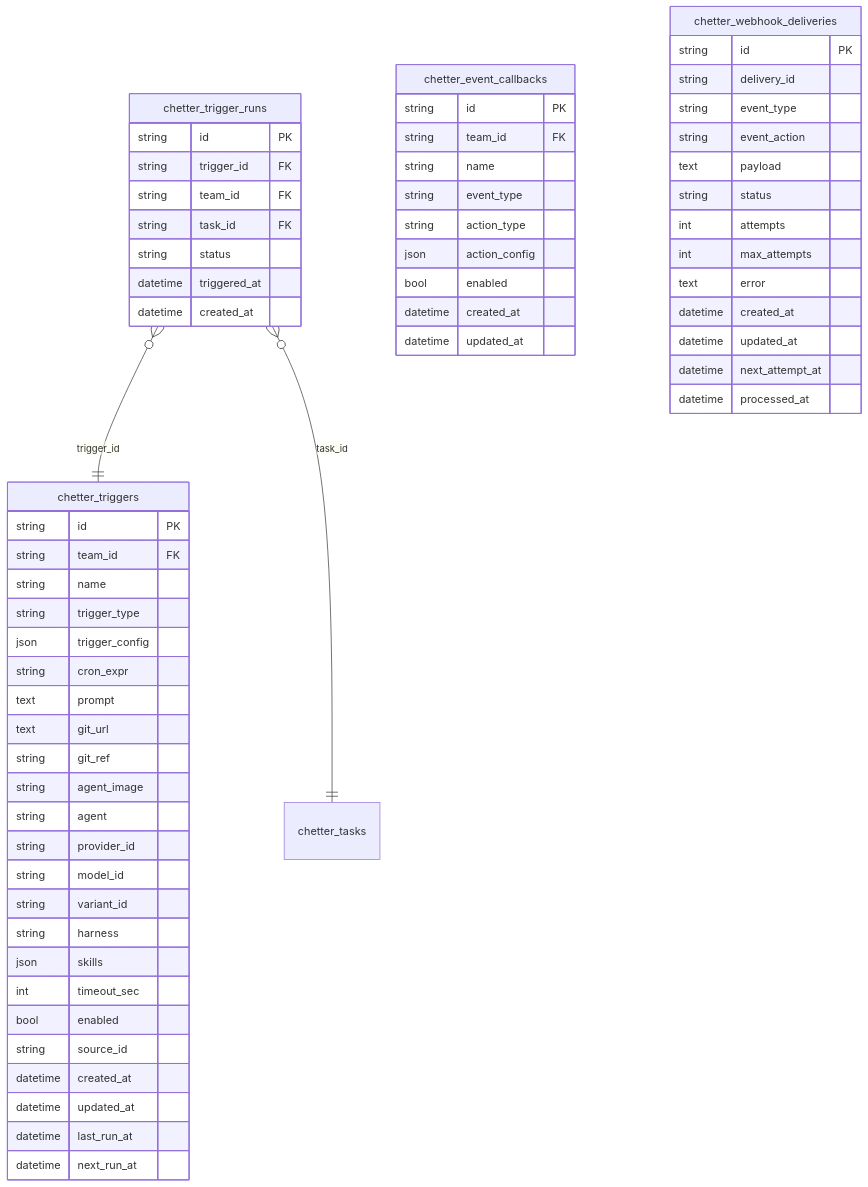
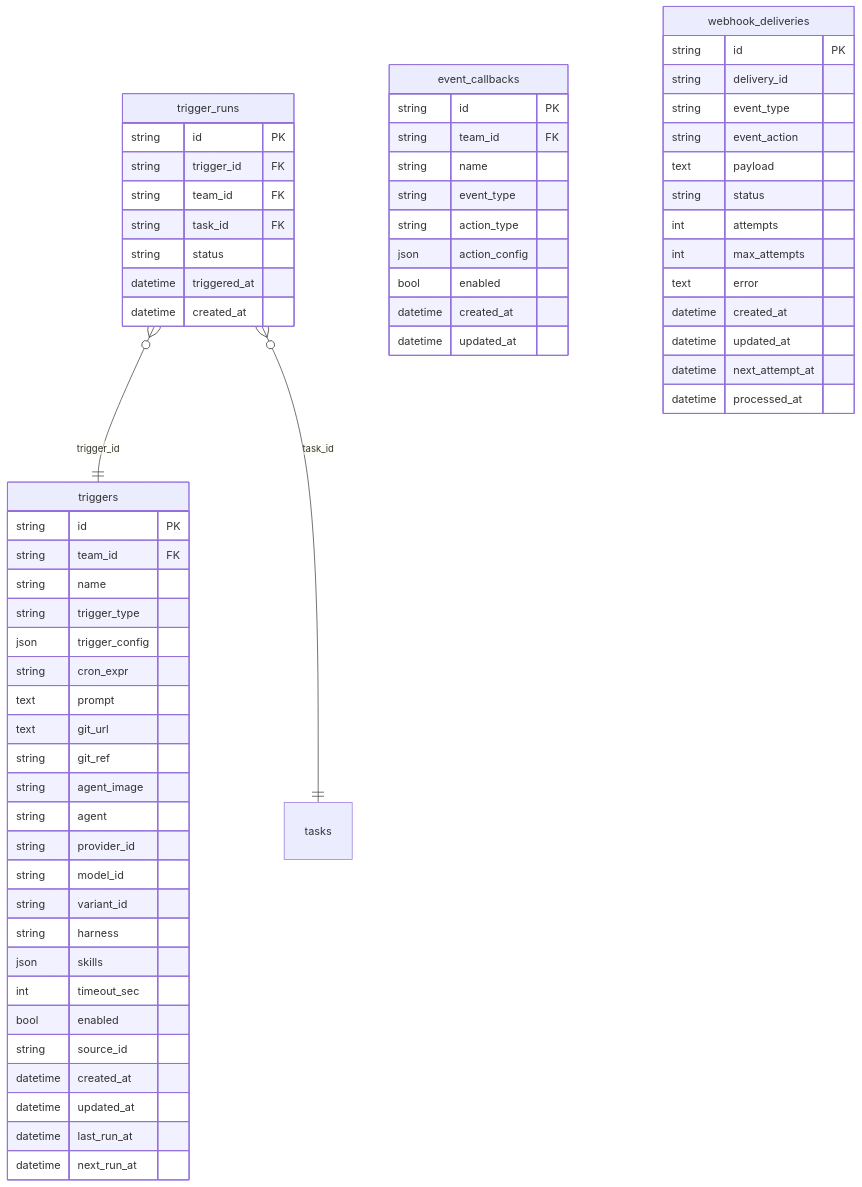
One commit to flatout-works/chetter changed the third of 6 diagrams in docs/SCHEMA.md. Above: the diagram before and after it, drawn with Mermaid. The commit also changed other lines of this file and 1 other file, not shown here.

First line of the commit message:
chore: follow 052 table renames in ops script and schema doc

````diff
--- a/docs/SCHEMA.md
+++ b/docs/SCHEMA.md
@@ -233,65 +234,65 @@
 ```mermaid
 erDiagram
-    chetter_triggers {
+    triggers {
         string id PK
         string team_id FK
         string name
         string trigger_type
         json trigger_config
         string cron_expr
         text prompt
         text git_url
         string git_ref
         string agent_image
         string agent
         string provider_id
         string model_id
         string variant_id
         string harness
         json skills
         int timeout_sec
         bool enabled
         string source_id
         datetime created_at
         datetime updated_at
         datetime last_run_at
         datetime next_run_at
     }
-    chetter_trigger_runs {
+    trigger_runs {
         string id PK
         string trigger_id FK
         string team_id FK
         string task_id FK
         string status
         datetime triggered_at
         datetime created_at
     }
-    chetter_event_callbacks {
+    event_callbacks {
         string id PK
         string team_id FK
         string name
         string event_type
         string action_type
         json action_config
         bool enabled
         datetime created_at
         datetime updated_at
     }
-    chetter_webhook_deliveries {
+    webhook_deliveries {
         string id PK
         string delivery_id
         string event_type
         string event_action
         text payload
         string status
         int attempts
         int max_attempts
         text error
         datetime created_at
         datetime updated_at
         datetime next_attempt_at
         datetime processed_at
     }
-    chetter_trigger_runs }o--|| chetter_triggers : "trigger_id"
-    chetter_trigger_runs }o--|| chetter_tasks : "task_id"
+    trigger_runs }o--|| triggers : "trigger_id"
+    trigger_runs }o--|| tasks : "task_id"
 ```
````
